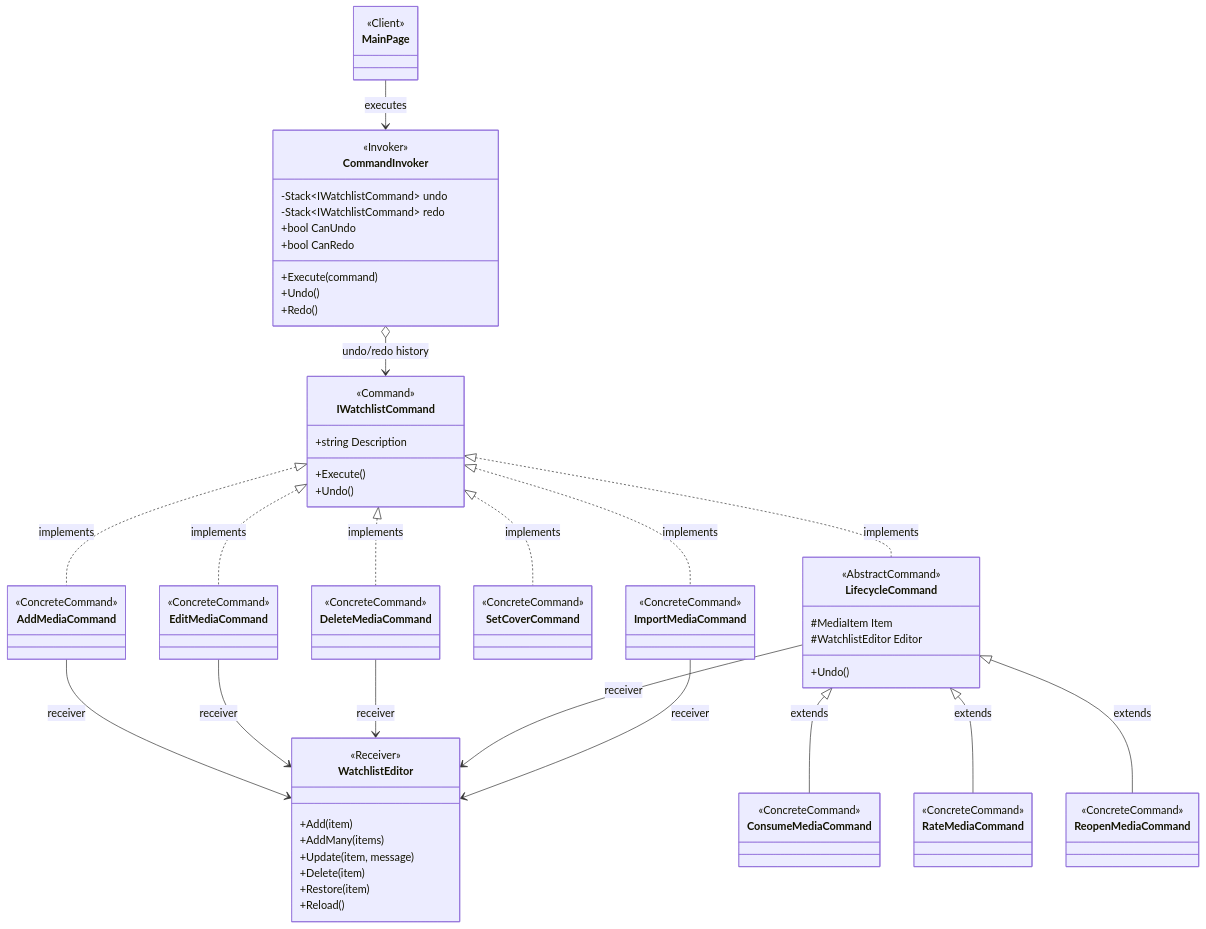
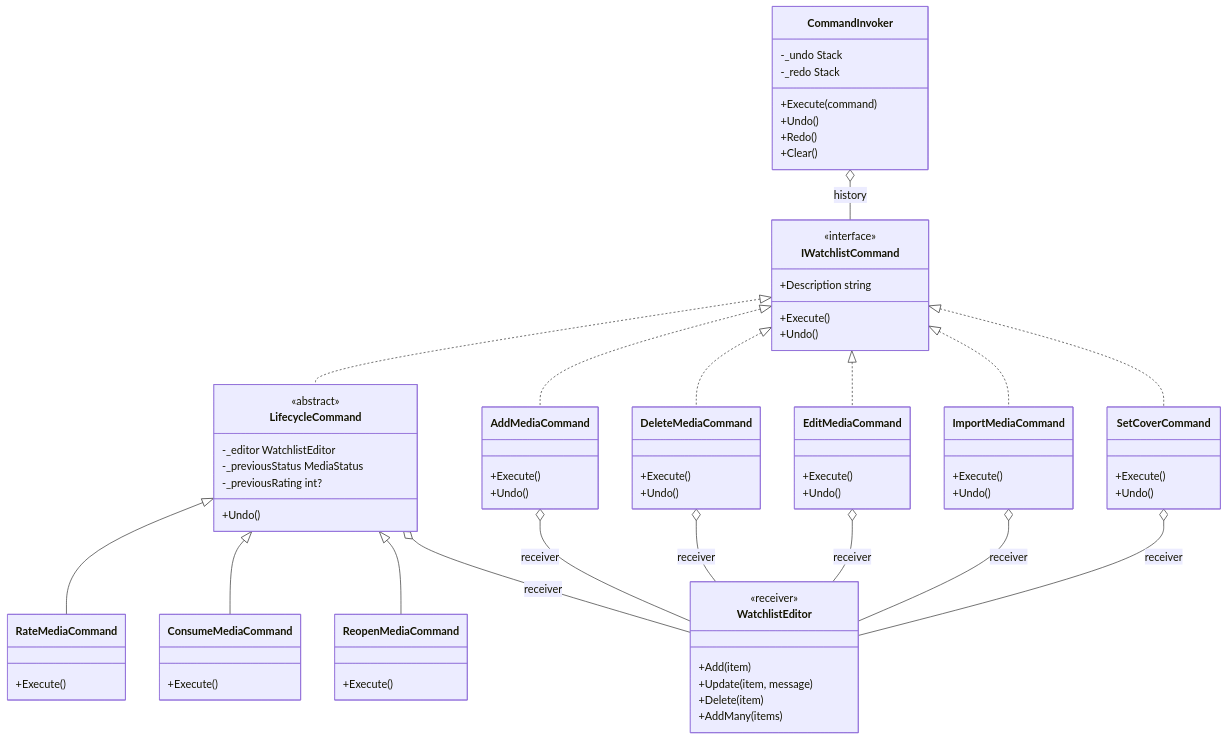
The first of 4 diagrams in Reports/Lab3.md (Prince-of-Nothing/TMPS-Labs), drawn with Mermaid before and after one commit. The commit also changed other lines of this file and 4 other files, not shown here.

````diff
--- a/Reports/Lab3.md
+++ b/Reports/Lab3.md
@@ -179,78 +68,77 @@
 ```mermaid
 classDiagram
-direction TB
-class MainPage {
-  <<Client>>
-}
-class CommandInvoker {
-  <<Invoker>>
-  -Stack~IWatchlistCommand~ undo
-  -Stack~IWatchlistCommand~ redo
-  +Execute(command)
-  +Undo()
-  +Redo()
-  +bool CanUndo
-  +bool CanRedo
-}
-class IWatchlistCommand {
-  <<Command>>
-  +string Description
-  +Execute()
-  +Undo()
-}
-class WatchlistEditor {
-  <<Receiver>>
-  +Add(item)
-  +AddMany(items)
-  +Update(item, message)
-  +Delete(item)
-  +Restore(item)
-  +Reload()
-}
-class AddMediaCommand {
-  <<ConcreteCommand>>
-}
-class EditMediaCommand {
-  <<ConcreteCommand>>
-}
-class DeleteMediaCommand {
-  <<ConcreteCommand>>
-}
-class SetCoverCommand {
-  <<ConcreteCommand>>
-}
-class ImportMediaCommand {
-  <<ConcreteCommand>>
-}
-class LifecycleCommand {
-  <<AbstractCommand>>
-  #MediaItem Item
-  #WatchlistEditor Editor
-  +Undo()
-}
-class ConsumeMediaCommand {
-  <<ConcreteCommand>>
-}
-class RateMediaCommand {
-  <<ConcreteCommand>>
-}
-class ReopenMediaCommand {
-  <<ConcreteCommand>>
-}
-MainPage --> CommandInvoker : executes
-CommandInvoker o--> IWatchlistCommand : undo/redo history
-IWatchlistCommand <|.. AddMediaCommand : implements
-IWatchlistCommand <|.. EditMediaCommand : implements
-IWatchlistCommand <|.. DeleteMediaCommand : implements
-IWatchlistCommand <|.. SetCoverCommand : implements
-IWatchlistCommand <|.. ImportMediaCommand : implements
-IWatchlistCommand <|.. LifecycleCommand : implements
-LifecycleCommand <|-- ConsumeMediaCommand : extends
-LifecycleCommand <|-- RateMediaCommand : extends
-LifecycleCommand <|-- ReopenMediaCommand : extends
-AddMediaCommand --> WatchlistEditor : receiver
-EditMediaCommand --> WatchlistEditor : receiver
-DeleteMediaCommand --> WatchlistEditor : receiver
-LifecycleCommand --> WatchlistEditor : receiver
-ImportMediaCommand --> WatchlistEditor : receiver
+    direction TB
+    class IWatchlistCommand {
+        <<interface>>
+        +Description string
+        +Execute()
+        +Undo()
+    }
+    class LifecycleCommand {
+        <<abstract>>
+        -_editor WatchlistEditor
+        -_previousStatus MediaStatus
+        -_previousRating int?
+        +Undo()
+    }
+    class RateMediaCommand {
+        +Execute()
+    }
+    class ConsumeMediaCommand {
+        +Execute()
+    }
+    class ReopenMediaCommand {
+        +Execute()
+    }
+    class AddMediaCommand {
+        +Execute()
+        +Undo()
+    }
+    class DeleteMediaCommand {
+        +Execute()
+        +Undo()
+    }
+    class EditMediaCommand {
+        +Execute()
+        +Undo()
+    }
+    class ImportMediaCommand {
+        +Execute()
+        +Undo()
+    }
+    class SetCoverCommand {
+        +Execute()
+        +Undo()
+    }
+    class CommandInvoker {
+        -_undo Stack
+        -_redo Stack
+        +Execute(command)
+        +Undo()
+        +Redo()
+        +Clear()
+    }
+    class WatchlistEditor {
+        <<receiver>>
+        +Add(item)
+        +Update(item, message)
+        +Delete(item)
+        +AddMany(items)
+    }
+    IWatchlistCommand <|.. LifecycleCommand
+    IWatchlistCommand <|.. AddMediaCommand
+    IWatchlistCommand <|.. DeleteMediaCommand
+    IWatchlistCommand <|.. EditMediaCommand
+    IWatchlistCommand <|.. ImportMediaCommand
+    IWatchlistCommand <|.. SetCoverCommand
+    LifecycleCommand <|-- RateMediaCommand
+    LifecycleCommand <|-- ConsumeMediaCommand
+    LifecycleCommand <|-- ReopenMediaCommand
+    CommandInvoker o-- IWatchlistCommand : history
+    LifecycleCommand o-- WatchlistEditor : receiver
+    AddMediaCommand o-- WatchlistEditor : receiver
+    DeleteMediaCommand o-- WatchlistEditor : receiver
+    EditMediaCommand o-- WatchlistEditor : receiver
+    ImportMediaCommand o-- WatchlistEditor : receiver
+    SetCoverCommand o-- WatchlistEditor : receiver
 ```
````
